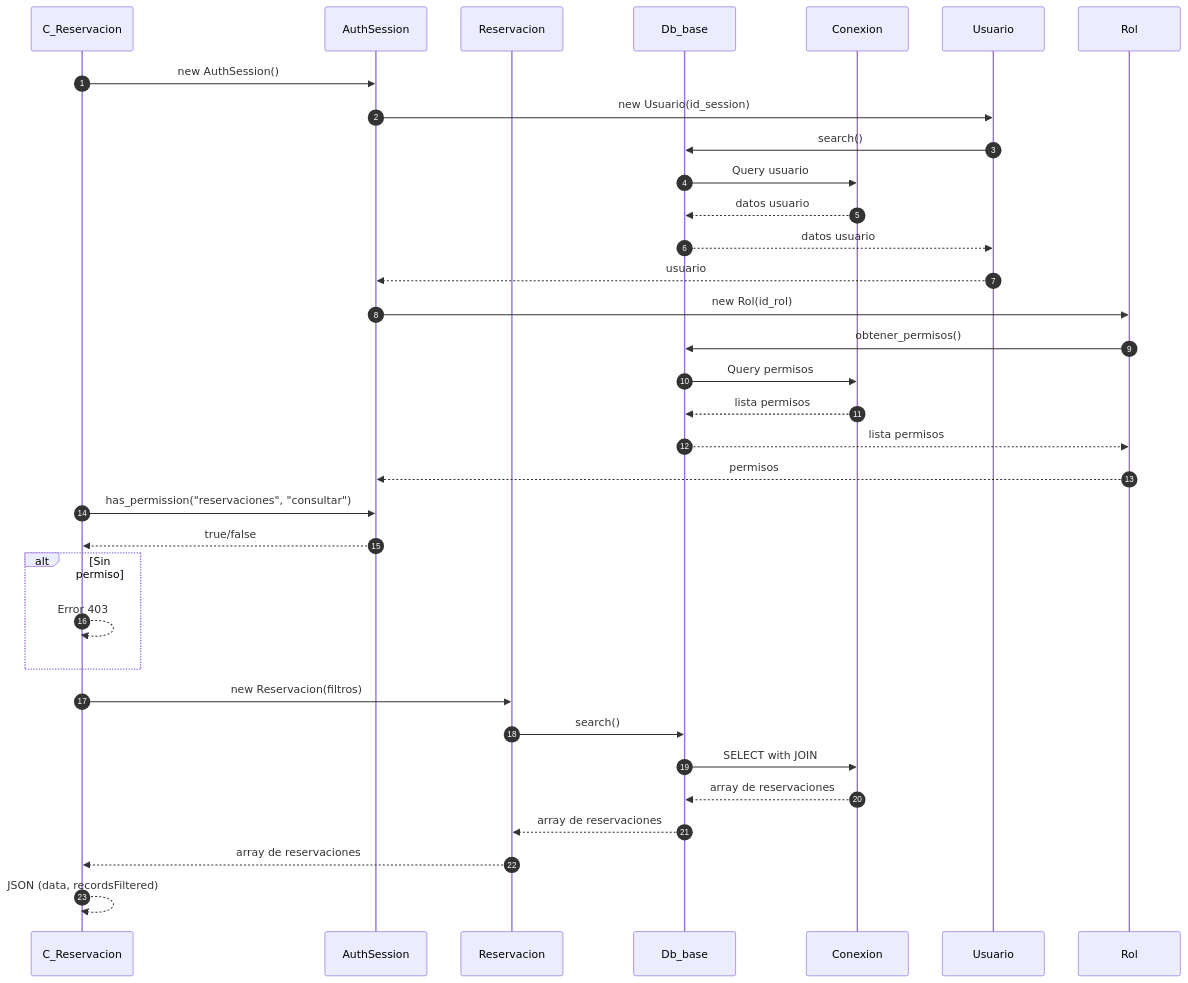
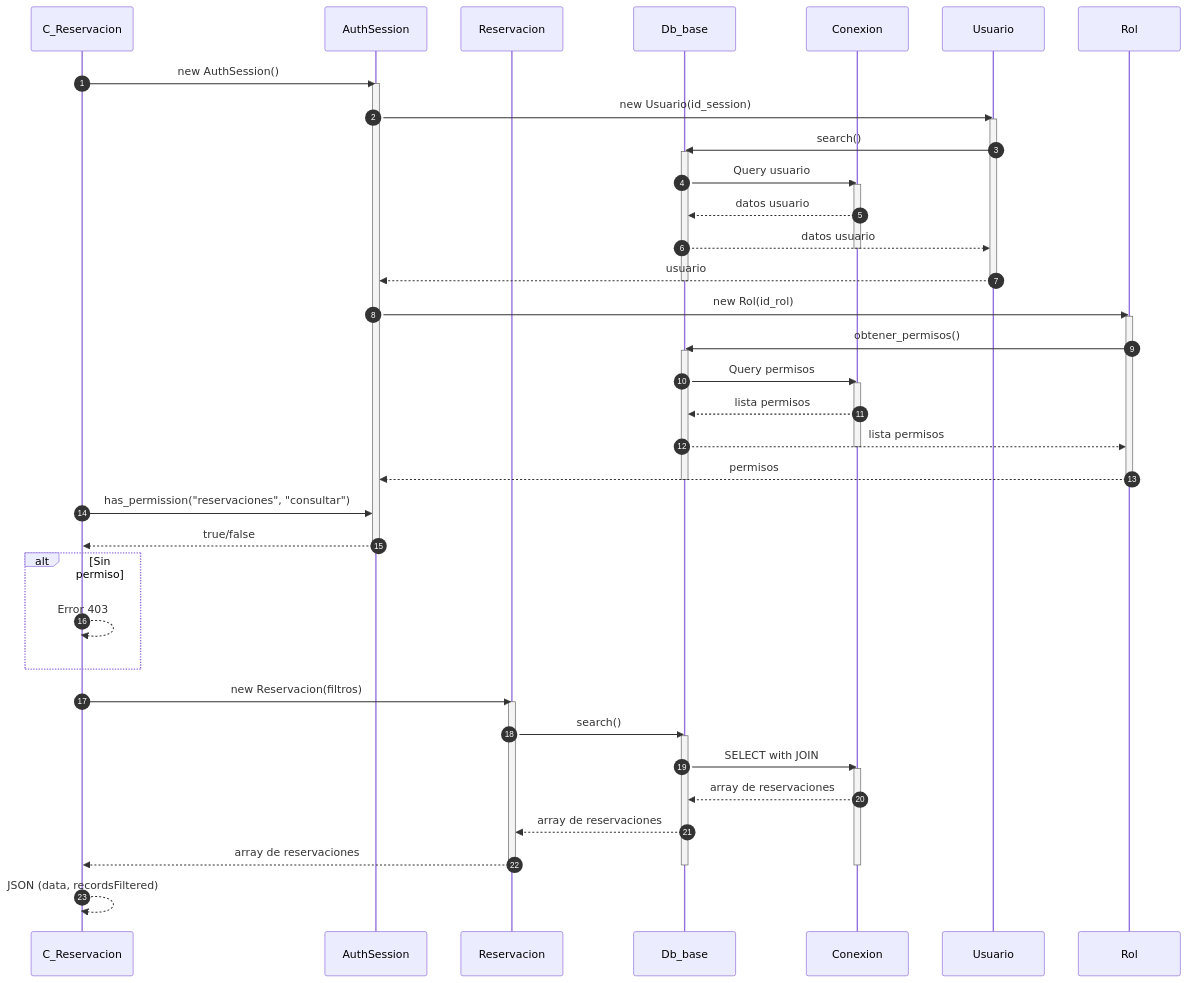
The second of 4 diagrams in docs/secuencia/reservaciones/reservaciones.md (Tecrato/BurgerHouse), drawn with Mermaid before and after one commit. The commit also changed other lines of this file and 16 other files, not shown here.

First line of the commit message:
Annotate mermaid sequences & throttle generator

````diff
--- a/docs/secuencia/reservaciones/reservaciones.md
+++ b/docs/secuencia/reservaciones/reservaciones.md
@@ -69,40 +111,60 @@
 ```mermaid
 sequenceDiagram
     autonumber
     participant C_Reservacion as C_Reservacion
     participant AuthSession as AuthSession
     participant Reservacion as Reservacion
     participant Db_base as Db_base
     participant Conexion as Conexion
     
     C_Reservacion->>AuthSession: new AuthSession()
+    activate AuthSession
     AuthSession->>Usuario: new Usuario(id_session)
+    activate Usuario
     Usuario->>Db_base: search()
+    activate Db_base
     Db_base->>Conexion: Query usuario
+    activate Conexion
     Conexion-->>Db_base: datos usuario
     Db_base-->>Usuario: datos usuario
+    deactivate Conexion
     Usuario-->>AuthSession: usuario
+    deactivate Usuario
+    deactivate Db_base
     
     AuthSession->>Rol: new Rol(id_rol)
+    activate Rol
     Rol->>Db_base: obtener_permisos()
+    activate Db_base
     Db_base->>Conexion: Query permisos
+    activate Conexion
     Conexion-->>Db_base: lista permisos
     Db_base-->>Rol: lista permisos
+    deactivate Conexion
     Rol-->>AuthSession: permisos
+    deactivate Rol
+    deactivate Db_base
     
     C_Reservacion->>AuthSession: has_permission("reservaciones", "consultar")
     AuthSession-->>C_Reservacion: true/false
+    deactivate AuthSession
     
     alt Sin permiso
         C_Reservacion-->>C_Reservacion: Error 403
     end
     
     C_Reservacion->>Reservacion: new Reservacion(filtros)
+    activate Reservacion
     Reservacion->>Db_base: search()
+    activate Db_base
     Db_base->>Conexion: SELECT with JOIN
+    activate Conexion
     Conexion-->>Db_base: array de reservaciones
     Db_base-->>Reservacion: array de reservaciones
     Reservacion-->>C_Reservacion: array de reservaciones
+    deactivate Reservacion
+    deactivate Conexion
+    deactivate Db_base
     
     C_Reservacion-->>C_Reservacion: JSON (data, recordsFiltered)
 ```
````
